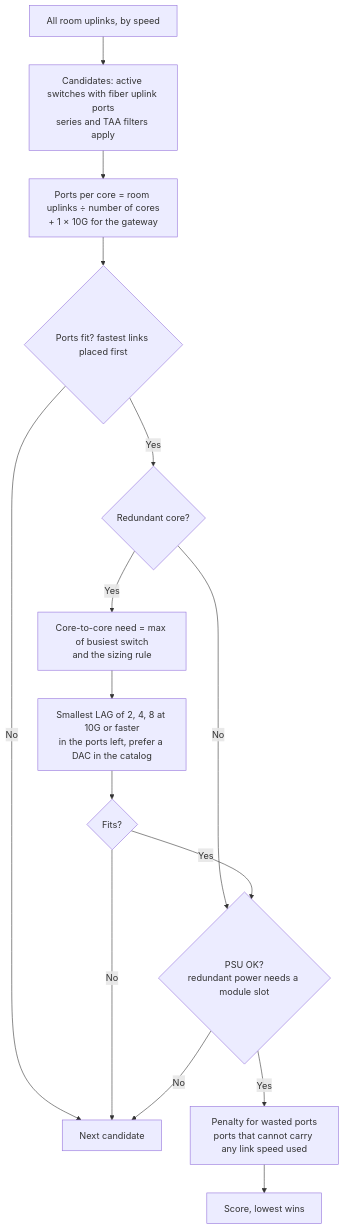
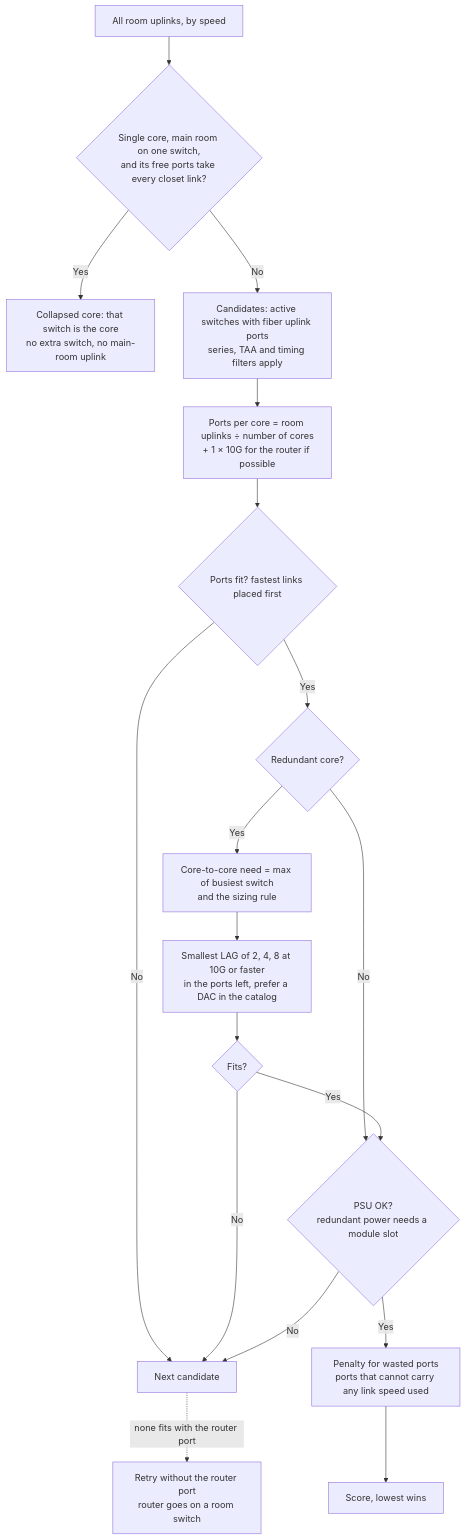
One commit to MichaelDNTGR/ntgr-bom-public changed the fourth of 5 diagrams in docs/design-logic.md. Above: the diagram before and after it, drawn with Mermaid. The commit also changed other lines of this file and 1 other file, not shown here.

First line of the commit message:
Update design flowcharts and add an overview diagram to the README

````diff
--- a/docs/design-logic.md
+++ b/docs/design-logic.md
@@ -134,17 +143,20 @@
 ```mermaid
 flowchart TD
-    A["All room uplinks, by speed"] --> B["Candidates: active switches with fiber uplink ports<br/>series and TAA filters apply"]
-    B --> C["Ports per core = room uplinks ÷ number of cores<br/>+ 1 × 10G for the gateway"]
+    A["All room uplinks, by speed"] --> CC{"Single core, main room on one switch,<br/>and its free ports take every closet link?"}
+    CC -- Yes --> CO["Collapsed core: that switch is the core<br/>no extra switch, no main-room uplink"]
+    CC -- No --> B["Candidates: active switches with fiber uplink ports<br/>series, TAA and timing filters apply"]
+    B --> C["Ports per core = room uplinks ÷ number of cores<br/>+ 1 × 10G for the router if possible"]
     C --> D{"Ports fit? fastest links placed first"}
     D -- No --> Z["Next candidate"]
     D -- Yes --> E{"Redundant core?"}
     E -- No --> P
     E -- Yes --> F["Core-to-core need = max of busiest switch<br/>and the sizing rule"]
     F --> G["Smallest LAG of 2, 4, 8 at 10G or faster<br/>in the ports left, prefer a DAC in the catalog"]
     G --> H{"Fits?"}
     H -- No --> Z
     H -- Yes --> P{"PSU OK?<br/>redundant power needs a module slot"}
     P -- No --> Z
     P -- Yes --> W["Penalty for wasted ports<br/>ports that cannot carry any link speed used"]
     W --> S["Score, lowest wins"]
+    Z -. "none fits with the router port" .-> R["Retry without the router port<br/>router goes on a room switch"]
 ```
````
